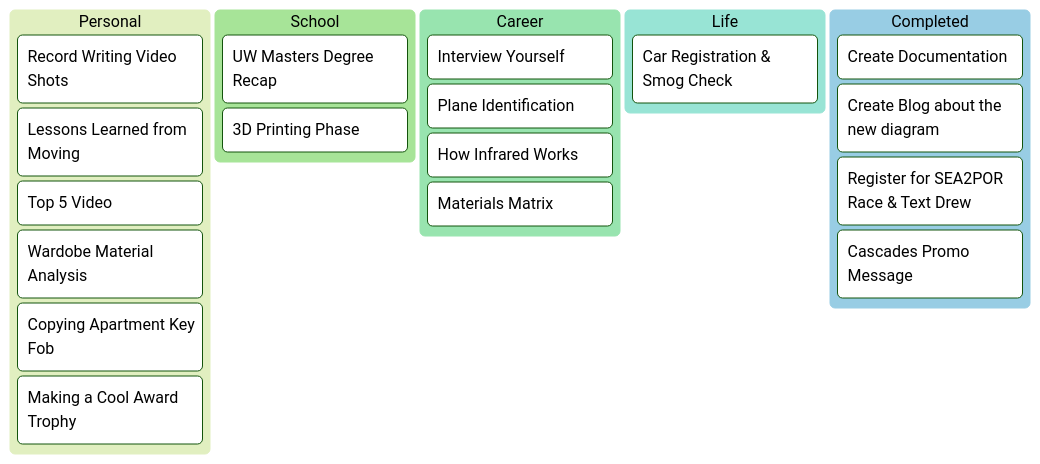
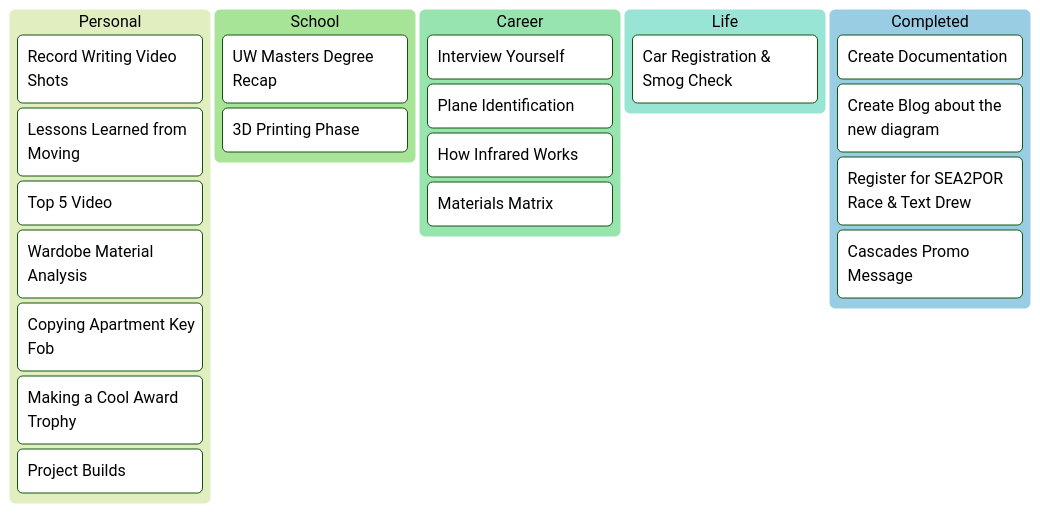
The second of 3 diagrams in Dashboard.md (Bailey-Wu/Bailey-Wu), drawn with Mermaid before and after one commit.

````diff
--- a/Dashboard.md
+++ b/Dashboard.md
@@ -33,26 +33,27 @@
 ```mermaid
 %%{init: {'theme':'forest'}}%%
 kanban
   [Personal]
     [Record Writing Video Shots]
     [Lessons Learned from Moving]
     [Top 5 Video]
     [Wardobe Material Analysis]
     [Copying Apartment Key Fob]
     [Making a Cool Award Trophy]
+    [Project Builds]
   [School]
     [UW Masters Degree Recap]
     [3D Printing Phase]
   [Career]
     [Interview Yourself]
     [Plane Identification]
     [How Infrared Works]
     [Materials Matrix]
   [Life]
     [Car Registration & Smog Check]
   [Completed]
     [Create Documentation]
     [Create Blog about the new diagram]
     [Register for SEA2POR Race & Text Drew]
     [Cascades Promo Message]
 ```
````
